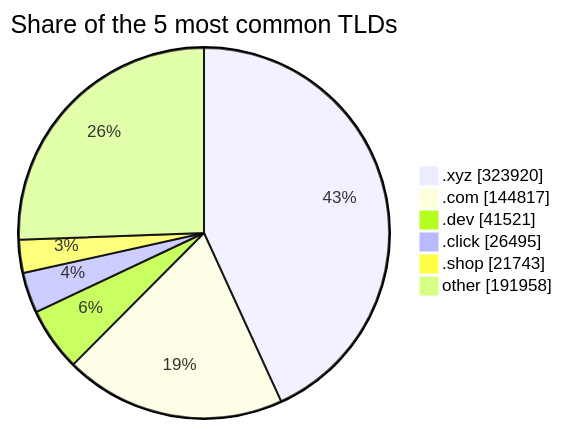
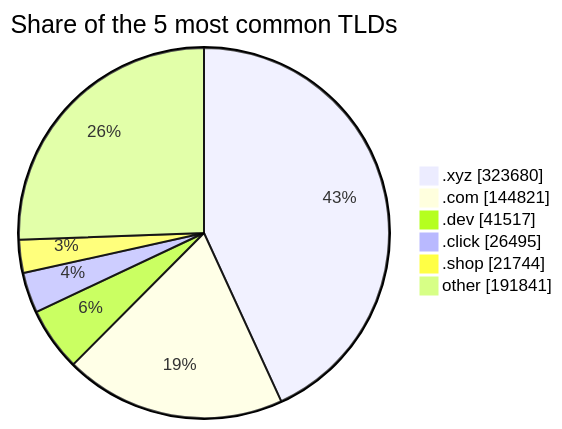
One commit to DNSBunker/CTI changed the third of 3 diagrams in README.md. Above: the diagram before and after it, drawn with Mermaid. The commit also changed other lines of this file and 3 other files, not shown here.

````diff
--- a/README.md
+++ b/README.md
@@ -81,9 +81,9 @@
 ```mermaid
 pie showData title Share of the 5 most common TLDs
-    ".xyz" : 323920
-    ".com" : 144817
-    ".dev" : 41521
+    ".xyz" : 323680
+    ".com" : 144821
+    ".dev" : 41517
     ".click" : 26495
-    ".shop" : 21743
-    "other" : 191958
+    ".shop" : 21744
+    "other" : 191841
 ```
````
